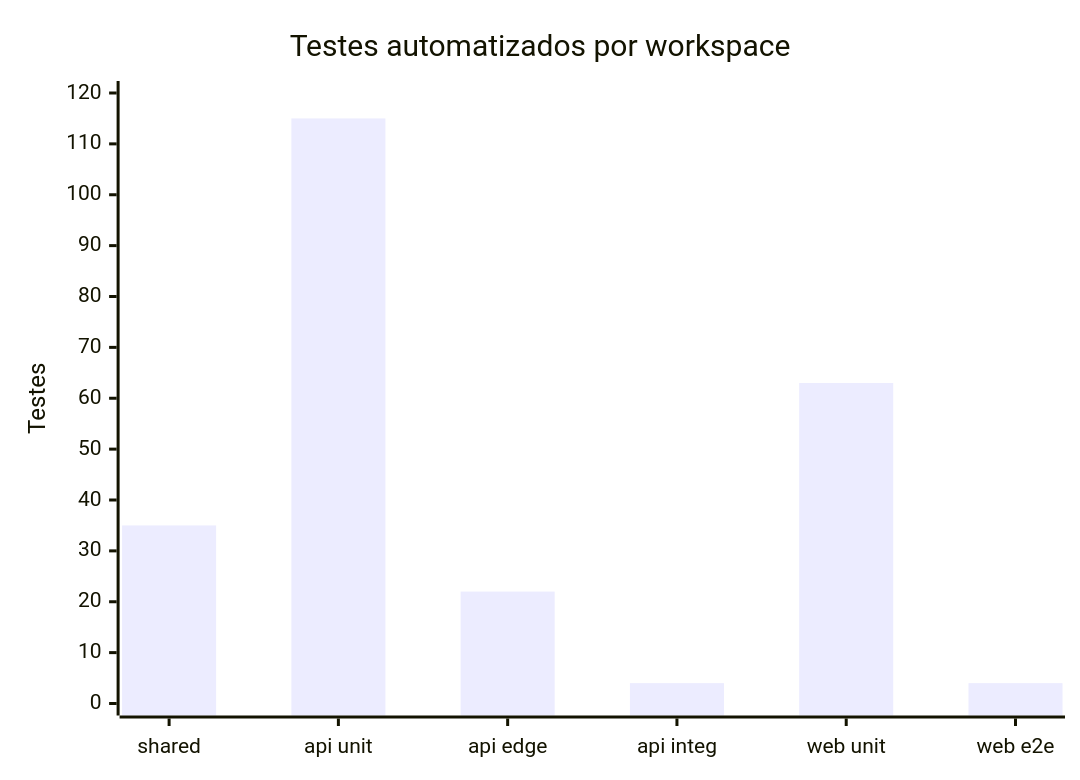
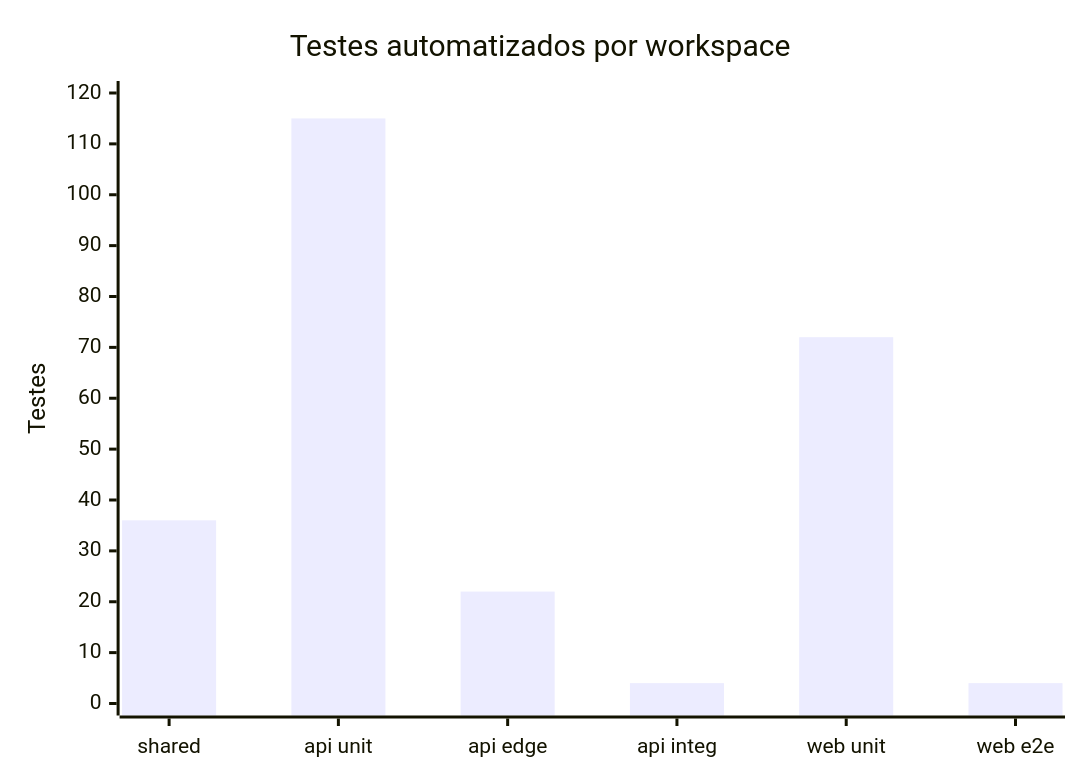
One commit to Digooow/pokedex-frontend changed the ninth of 12 diagrams in README.md. Above: the diagram before and after it, drawn with Mermaid. The commit also changed other lines of this file and 8 other files, not shown here.

````diff
--- a/README.md
+++ b/README.md
@@ -560,7 +560,7 @@
 ```mermaid
 xychart-beta
   title "Testes automatizados por workspace"
   x-axis ["shared", "api unit", "api edge", "api integ", "web unit", "web e2e"]
   y-axis "Testes" 0 --> 120
-  bar [35, 115, 22, 4, 63, 4]
+  bar [36, 115, 22, 4, 72, 4]
 ```
````
